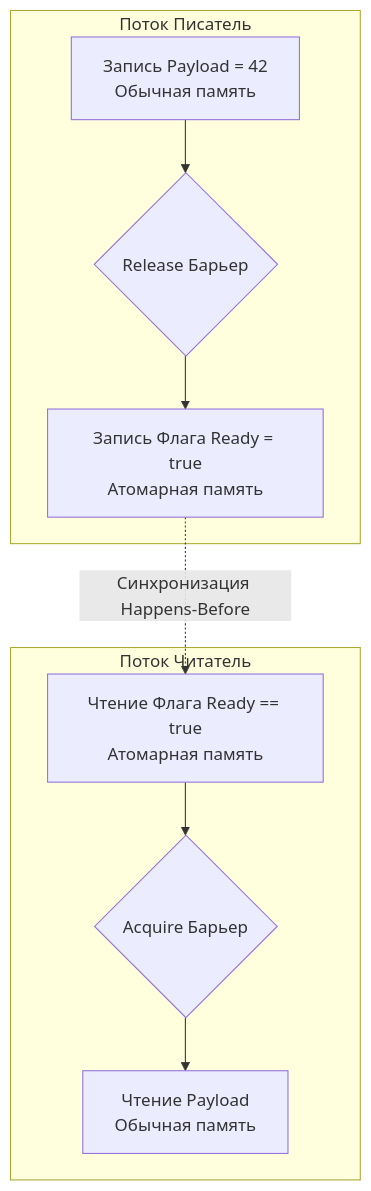
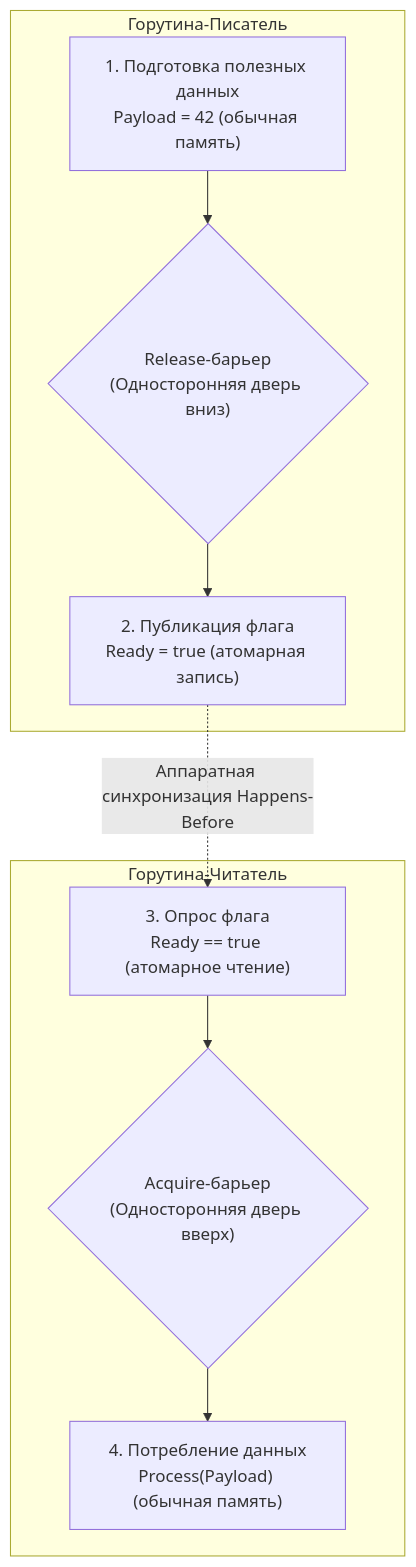
One commit to UnrealTemplier/go-textbook changed the diagram in sources/1. Архитектура компьютера/24. Барьеры памяти. Memory Fence, Acquire, Release.md. Above: the diagram before and after it, drawn with Mermaid. The commit also changed other lines of this file, not shown here.

Commit message:
feat(module-01): editorial rewrite of Article 24 (Memory Barriers, Acquire/Release) in Kernighan style

````diff
--- a/sources/1. Архитектура компьютера/24. Барьеры памяти. Memory Fence, Acquire, Release.md
+++ b/sources/1. Архитектура компьютера/24. Барьеры памяти. Memory Fence, Acquire, Release.md
@@ -39,14 +34,18 @@
 ```mermaid
 flowchart TD
-    subgraph Поток Писатель
-        A["Запись Payload = 42<br>Обычная память"] --> B{"Release Барьер"}
-        B --> C["Запись Флага Ready = true<br>Атомарная память"]
+    subgraph Producer["Горутина-Писатель"]
+        W1["1. Подготовка полезных данных<br>Payload = 42 (обычная память)"]
+        Rel{"Release-барьер<br>(Односторонняя дверь вниз)"}
+        W2["2. Публикация флага<br>Ready = true (атомарная запись)"]
+        W1 --> Rel --> W2
     end
 
-    subgraph Поток Читатель
-        D["Чтение Флага Ready == true<br>Атомарная память"] --> E{"Acquire Барьер"}
-        E --> F["Чтение Payload<br>Обычная память"]
+    subgraph Consumer["Горутина-Читатель"]
+        R1["3. Опрос флага<br>Ready == true (атомарное чтение)"]
+        Acq{"Acquire-барьер<br>(Односторонняя дверь вверх)"}
+        R2["4. Потребление данных<br>Process(Payload) (обычная память)"]
+        R1 --> Acq --> R2
     end
 
-    C -.->|Синхронизация Happens-Before| D
+    W2 -.->|"Аппаратная синхронизация Happens-Before"| R1
 ```
````
